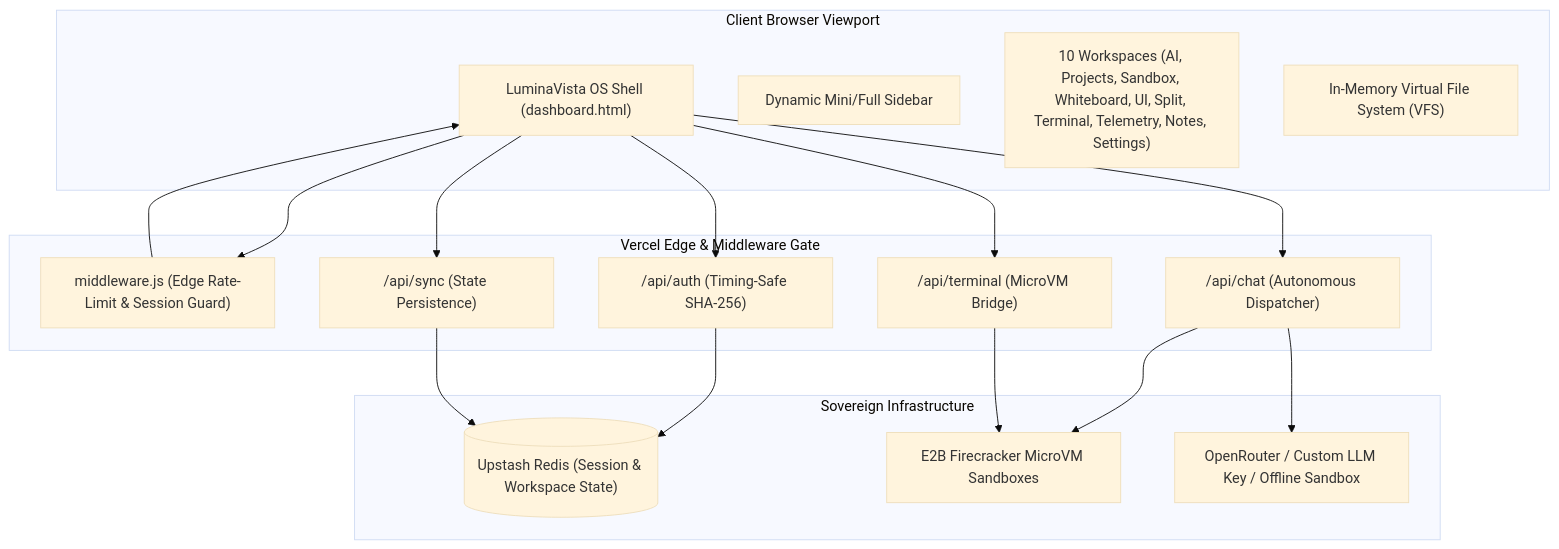
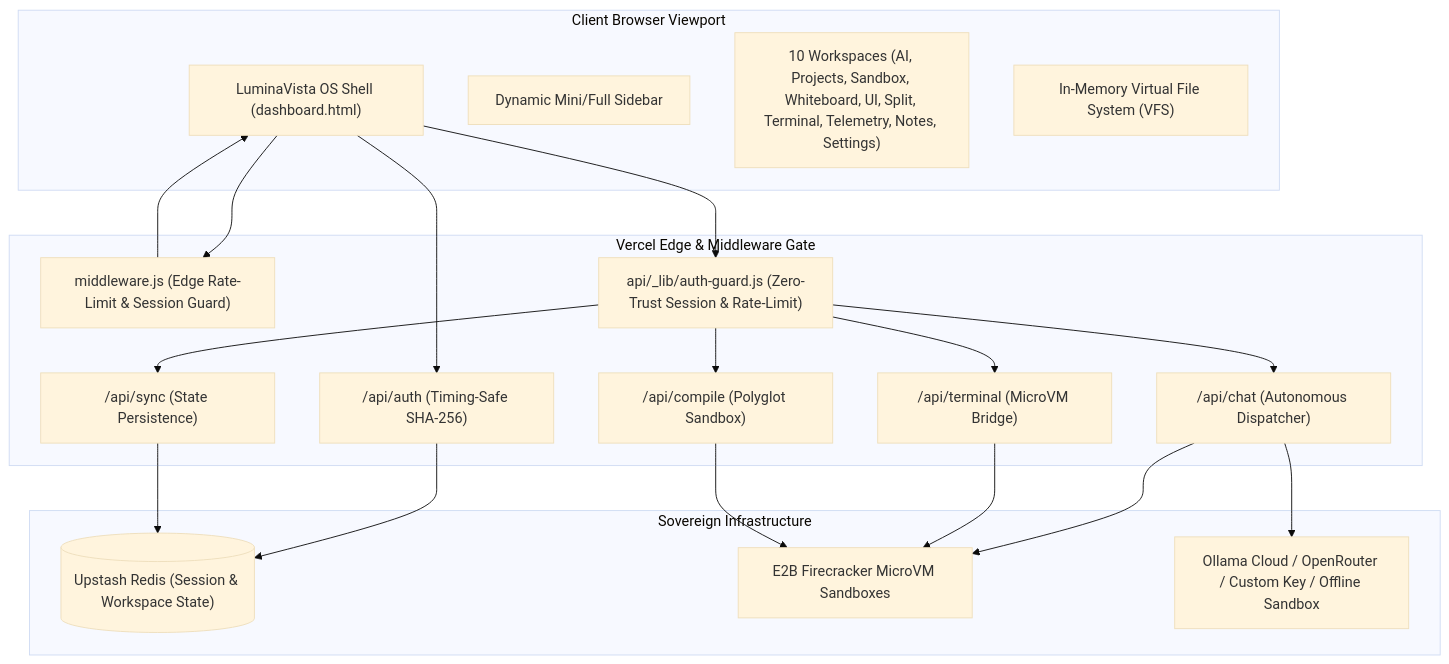
One commit to SubhadraRoy/LuminaVista changed the diagram in README.md. Above: the diagram before and after it, drawn with Mermaid (base theme). The commit also changed other lines of this file and 12 other files, not shown here.

````diff
--- a/README.md
+++ b/README.md
@@ -25,35 +36,40 @@
 ```mermaid
 flowchart TD
   subgraph Client ["Client Browser Viewport"]
     UI["LuminaVista OS Shell (dashboard.html)"]
     Sidebar["Dynamic Mini/Full Sidebar"]
     Tabs["10 Workspaces (AI, Projects, Sandbox, Whiteboard, UI, Split, Terminal, Telemetry, Notes, Settings)"]
     VFS["In-Memory Virtual File System (VFS)"]
   end
 
   subgraph Edge ["Vercel Edge & Middleware Gate"]
     MW["middleware.js (Edge Rate-Limit & Session Guard)"]
     AuthAPI["/api/auth (Timing-Safe SHA-256)"]
+    Guard["api/_lib/auth-guard.js (Zero-Trust Session & Rate-Limit)"]
     SyncAPI["/api/sync (State Persistence)"]
     ChatAPI["/api/chat (Autonomous Dispatcher)"]
     TermAPI["/api/terminal (MicroVM Bridge)"]
+    CompAPI["/api/compile (Polyglot Sandbox)"]
   end
 
   subgraph Infrastructure ["Sovereign Infrastructure"]
     Redis[("Upstash Redis (Session & Workspace State)")]
     Firecracker["E2B Firecracker MicroVM Sandboxes"]
-    LLMGateway["OpenRouter / Custom LLM Key / Offline Sandbox"]
+    LLMGateway["Ollama Cloud / OpenRouter / Custom Key / Offline Sandbox"]
   end
 
   UI --> MW
   MW --> UI
   UI --> AuthAPI
   AuthAPI --> Redis
-  UI --> SyncAPI
+  UI --> Guard
+  Guard --> SyncAPI
+  Guard --> ChatAPI
+  Guard --> TermAPI
+  Guard --> CompAPI
   SyncAPI --> Redis
-  UI --> ChatAPI
   ChatAPI --> LLMGateway
   ChatAPI --> Firecracker
-  UI --> TermAPI
   TermAPI --> Firecracker
+  CompAPI --> Firecracker
 ```
````
